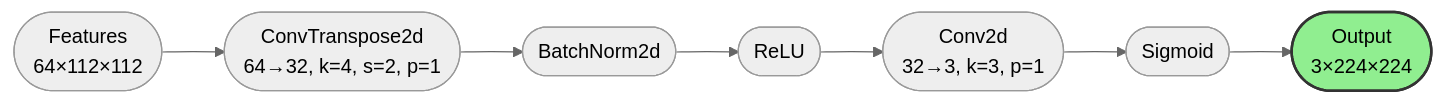
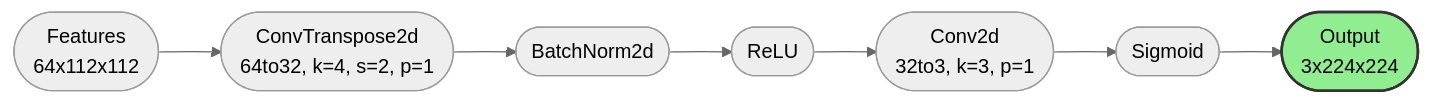
Before and after one commit to DanicaBlazanovic/CAP6415_F25_project_Input_Image_Reconstruction_from_Features: the third of 5 diagrams in COMBINED_METHODOLOGY_RESULTS.md, drawn with Mermaid (neutral theme). The commit also changed other lines of this file, not shown here.

````diff
--- a/COMBINED_METHODOLOGY_RESULTS.md
+++ b/COMBINED_METHODOLOGY_RESULTS.md
@@ -76,11 +76,11 @@
 ```mermaid
 graph LR
-    A([Features<br/>64×112×112]) --> B([ConvTranspose2d<br/>64→32, k=4, s=2, p=1])
+    A([Features<br/>64x112x112]) --> B([ConvTranspose2d<br/>64to32, k=4, s=2, p=1])
     B --> C([BatchNorm2d])
     C --> D([ReLU])
-    D --> E([Conv2d<br/>32→3, k=3, p=1])
+    D --> E([Conv2d<br/>32to3, k=3, p=1])
     E --> F([Sigmoid])
-    F --> G([Output<br/>3×224×224])
+    F --> G([Output<br/>3x224x224])
     
     style G fill:#90EE90,stroke:#333,stroke-width:2px
 ```
````
